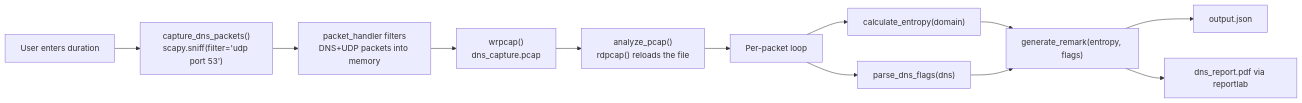
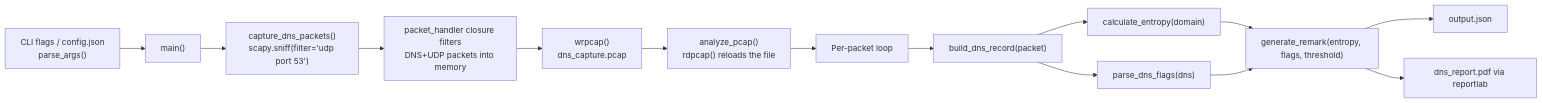
One commit to eklavyamathur9/DNSpector changed the diagram in DOCUMENTATION.md. Above: the diagram before and after it, drawn with Mermaid. The commit also changed other lines of this file and 8 other files, not shown here.

First line of the commit message:
Phase 1: argparse CLI, logging, config file, error handling, CI

````diff
--- a/DOCUMENTATION.md
+++ b/DOCUMENTATION.md
@@ -11,14 +11,16 @@
 ```mermaid
 flowchart LR
-    A[User enters duration] --> B["capture_dns_packets()\nscapy.sniff(filter='udp port 53')"]
-    B --> C[packet_handler filters\nDNS+UDP packets into memory]
+    A["CLI flags / config.json\nparse_args()"] --> M["main()"]
+    M --> B["capture_dns_packets()\nscapy.sniff(filter='udp port 53')"]
+    B --> C[packet_handler closure filters\nDNS+UDP packets into memory]
     C --> D["wrpcap()\ndns_capture.pcap"]
     D --> E["analyze_pcap()\nrdpcap() reloads the file"]
     E --> F[Per-packet loop]
-    F --> G["calculate_entropy(domain)"]
-    F --> H["parse_dns_flags(dns)"]
-    G --> I["generate_remark(entropy, flags)"]
+    F --> R["build_dns_record(packet)"]
+    R --> G["calculate_entropy(domain)"]
+    R --> H["parse_dns_flags(dns)"]
+    G --> I["generate_remark(entropy, flags, threshold)"]
     H --> I
     I --> J["output.json"]
     I --> K["dns_report.pdf via reportlab"]
 ```
````
